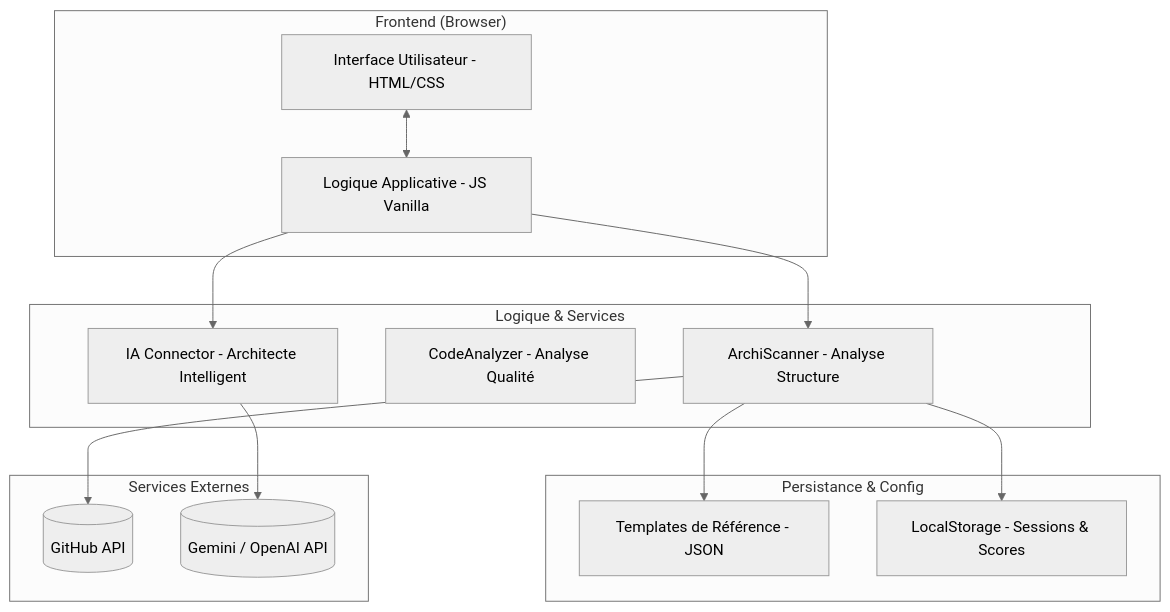
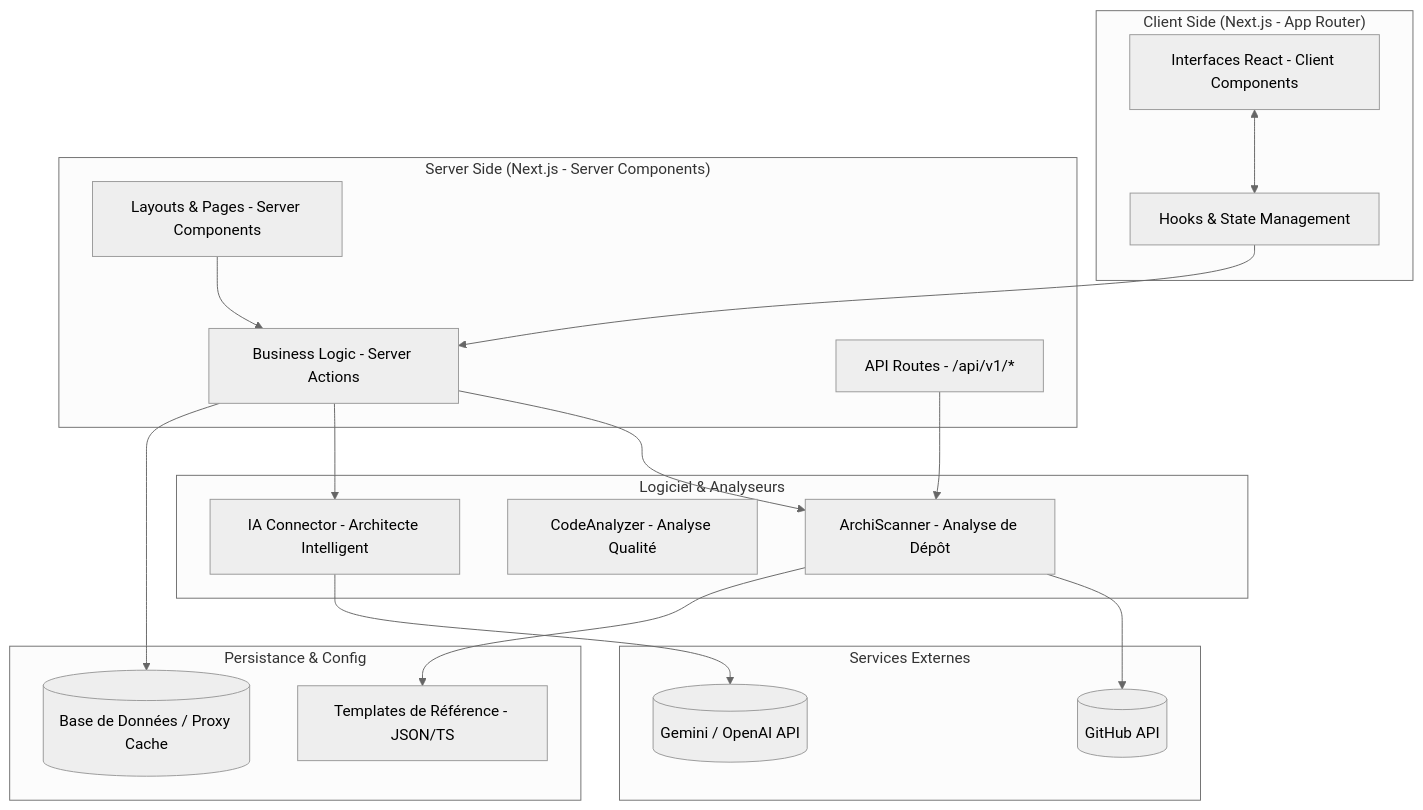
The diagram in docs/architecture.md (EliasL94/Toolbox-IT), drawn with Mermaid (neutral theme) before and after one commit. The commit also changed other lines of this file and 4 other files, not shown here.

````diff
--- a/docs/architecture.md
+++ b/docs/architecture.md
@@ -7,34 +7,43 @@
 ```mermaid
 graph TD
-    subgraph "Frontend (Browser)"
-        UI[Interface Utilisateur - HTML/CSS]
-        AppJS[Logique Applicative - JS Vanilla]
+    subgraph "Client Side (Next.js - App Router)"
+        UI[Interfaces React - Client Components]
+        Hook[Hooks & State Management]
     end
 
-    subgraph "Logique & Services"
-        Scanner[ArchiScanner - Analyse Structure]
+    subgraph "Server Side (Next.js - Server Components)"
+        Layout[Layouts & Pages - Server Components]
+        Services[Business Logic - Server Actions]
+        API_Routes[API Routes - /api/v1/*]
+    end
+
+    subgraph "Logiciel & Analyseurs"
+        Scanner[ArchiScanner - Analyse de Dépôt]
         Linter[CodeAnalyzer - Analyse Qualité]
         IAClient[IA Connector - Architecte Intelligent]
     end
 
     subgraph "Persistance & Config"
-        Templates[Templates de Référence - JSON]
-        Storage[LocalStorage - Sessions & Scores]
+        DB[(Base de Données / Proxy Cache)]
+        Templates[Templates de Référence - JSON/TS]
     end
 
     subgraph "Services Externes"
         GitHubAPI[(GitHub API)]
         IA_API[(Gemini / OpenAI API)]
     end
 
     %% Interactions
-    UI <--> AppJS
-    AppJS --> Scanner
-    AppJS --> IAClient
+    UI <--> Hook
+    Hook --> Services
+    Layout --> Services
+    Services --> Scanner
+    Services --> IAClient
+    API_Routes --> Scanner
     
     Scanner --> GitHubAPI
     Scanner --> Templates
     IAClient --> IA_API
     
-    Scanner --> Storage
+    Services --> DB
 ```
````
